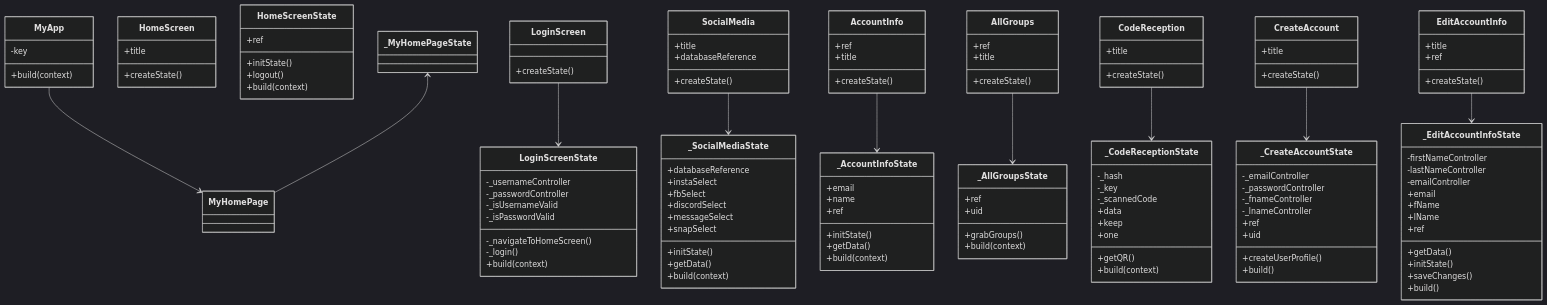
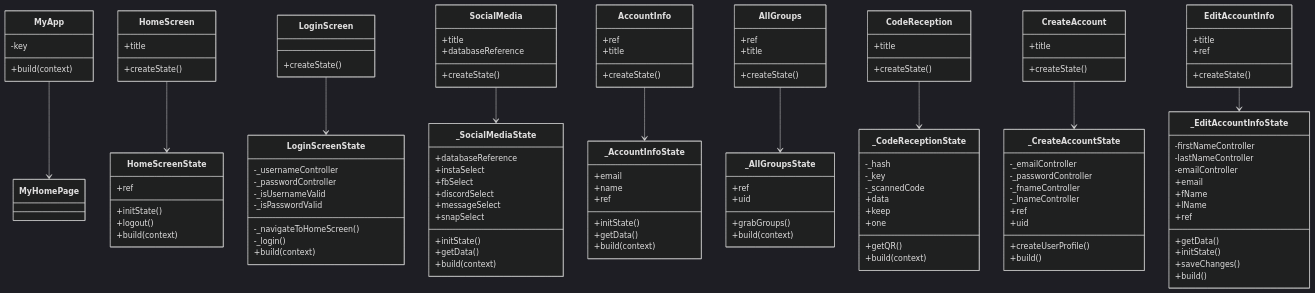
The first of 12 diagrams in documentation/docs/system-architecture/design.md (Capstone-Projects-2023-Spring/project-groupmeet), drawn with Mermaid (dark theme) before and after one commit.

````diff
--- a/documentation/docs/system-architecture/design.md
+++ b/documentation/docs/system-architecture/design.md
@@ -30,6 +30,8 @@
         +logout()
         +build(context)
     }
+    
+    HomeScreen --> HomeScreenState
     
     class LoginScreen{
       +createState()
@@ -158,5 +160,4 @@
     EditAccountInfo-->_EditAccountInfoState
     
     MyApp-->MyHomePage
-    _MyHomePageState<--MyHomePage
 ```
````
